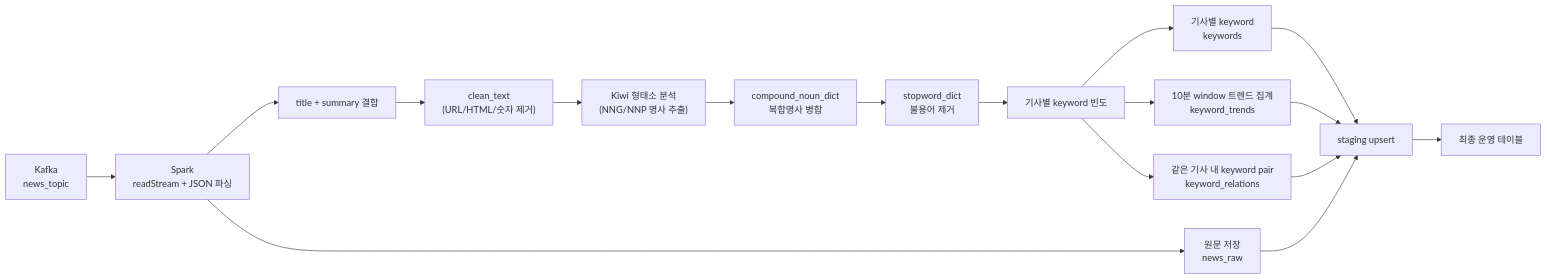
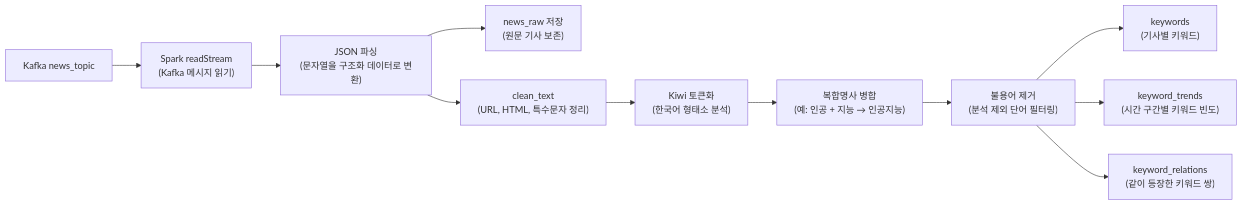
The third of 5 diagrams in README.md (yeongmin-yu/news-trend-pipeline-dev), drawn with Mermaid before and after one commit. The commit also changed other lines of this file and 25 other files, not shown here.

````diff
--- a/README.md
+++ b/README.md
@@ -146,20 +129,13 @@
 ```mermaid
 flowchart LR
-    A["Kafka<br/>news_topic"] --> B["Spark<br/>readStream + JSON 파싱"]
-    B --> C["title + summary 결합"]
-    C --> D["clean_text<br/>(URL/HTML/숫자 제거)"]
-    D --> E["Kiwi 형태소 분석<br/>(NNG/NNP 명사 추출)"]
-    E --> F["compound_noun_dict<br/>복합명사 병합"]
-    F --> G["stopword_dict<br/>불용어 제거"]
-    G --> H["기사별 keyword 빈도"]
-    H --> I["10분 window 트렌드 집계<br/>keyword_trends"]
-    H --> J["같은 기사 내 keyword pair<br/>keyword_relations"]
-    H --> K["기사별 keyword<br/>keywords"]
-    B --> L["원문 저장<br/>news_raw"]
-
-    K --> M["staging upsert"]
-    I --> M
-    J --> M
-    L --> M
-    M --> N["최종 운영 테이블"]
+    A["Kafka news_topic"] --> B["Spark readStream<br/>(Kafka 메시지 읽기)"]
+    B --> C["JSON 파싱<br/>(문자열을 구조화 데이터로 변환)"]
+    C --> D["news_raw 저장<br/>(원문 기사 보존)"]
+    C --> E["clean_text<br/>(URL, HTML, 특수문자 정리)"]
+    E --> F["Kiwi 토큰화<br/>(한국어 형태소 분석)"]
+    F --> G["복합명사 병합<br/>(예: 인공 + 지능 → 인공지능)"]
+    G --> H["불용어 제거<br/>(분석 제외 단어 필터링)"]
+    H --> I["keywords<br/>(기사별 키워드)"]
+    H --> J["keyword_trends<br/>(시간 구간별 키워드 빈도)"]
+    H --> K["keyword_relations<br/>(같이 등장한 키워드 쌍)"]
 ```
````
